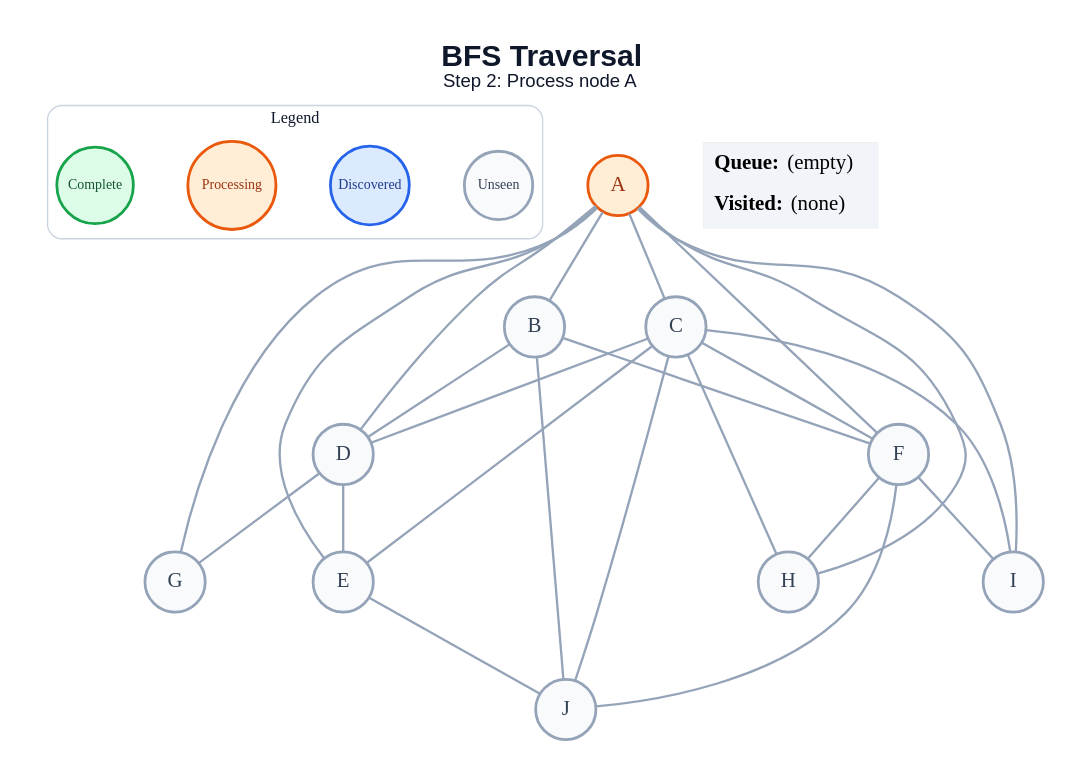
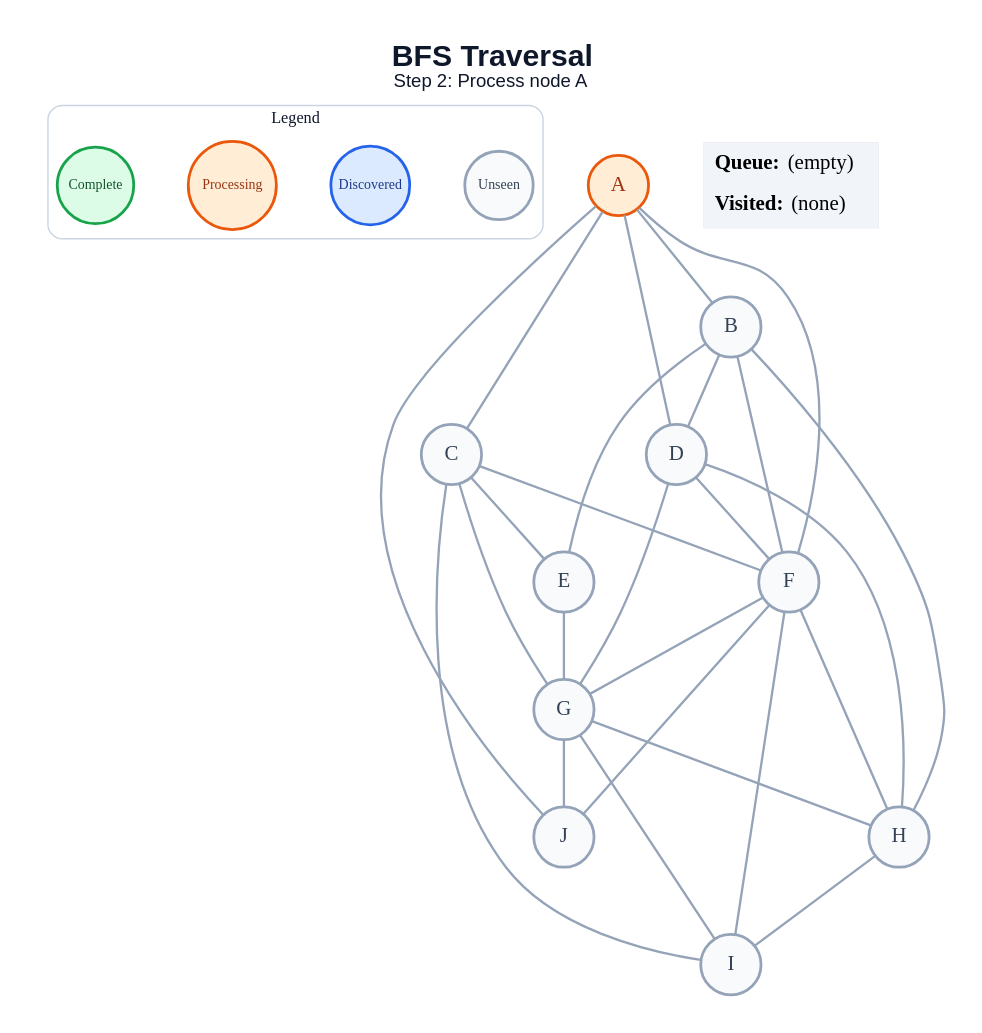
The diagram in generated/bfs/step_02.dot (amanghodawala9/ai-slop), drawn with Graphviz before and after one commit. The commit also changed 178 other files, not shown here.

```diff
--- a/generated/bfs/step_02.dot
+++ b/generated/bfs/step_02.dot
@@ -1,52 +1,54 @@
 graph traversal {
   graph [layout=dot, rankdir=TB, bgcolor="#FFFFFF", pad="0.35", nodesep="0.65", ranksep="0.8", fontname="Arial"];
   node [shape=circle, style="filled", fontname="Arial Bold", fontsize=18, width=0.72, fixedsize=true, penwidth=2.4];
   edge [color="#94A3B8", penwidth=2.0];
   label=<<B>BFS Traversal</B><BR/><FONT POINT-SIZE="16">Step 2: Process node A</FONT>>; labelloc="t"; fontsize=26; fontname="Arial"; fontcolor="#0F172A";
   subgraph cluster_legend { label="Legend"; color="#CBD5E1"; penwidth=1.2; style="rounded"; fontsize=14; fontname="Arial Bold";
     key_unseen [label="Unseen", fillcolor="#F8FAFC", color="#94A3B8", fontcolor="#334155", fontsize=12, width=0.82];
     key_frontier [label="Discovered", fillcolor="#DBEAFE", color="#2563EB", fontcolor="#1E3A8A", fontsize=12, width=0.95];
     key_current [label="Processing", fillcolor="#FFEDD5", color="#EA580C", fontcolor="#9A3412", fontsize=12, width=1.05];
     key_done [label="Complete", fillcolor="#DCFCE7", color="#16A34A", fontcolor="#14532D", fontsize=12, width=0.92];
     { rank=same; key_unseen; key_frontier; key_current; key_done; }
   }
   A [fillcolor="#FFEDD5", color="#EA580C", fontcolor="#9A3412"];
   B [fillcolor="#F8FAFC", color="#94A3B8", fontcolor="#334155"];
   C [fillcolor="#F8FAFC", color="#94A3B8", fontcolor="#334155"];
   D [fillcolor="#F8FAFC", color="#94A3B8", fontcolor="#334155"];
   E [fillcolor="#F8FAFC", color="#94A3B8", fontcolor="#334155"];
   F [fillcolor="#F8FAFC", color="#94A3B8", fontcolor="#334155"];
   G [fillcolor="#F8FAFC", color="#94A3B8", fontcolor="#334155"];
   H [fillcolor="#F8FAFC", color="#94A3B8", fontcolor="#334155"];
   I [fillcolor="#F8FAFC", color="#94A3B8", fontcolor="#334155"];
   J [fillcolor="#F8FAFC", color="#94A3B8", fontcolor="#334155"];
   A -- B;
   A -- C;
   A -- D;
-  A -- E;
   A -- F;
-  A -- G;
-  A -- H;
-  A -- I;
+  A -- J;
   B -- D;
+  B -- E;
   B -- F;
-  B -- J;
-  C -- D;
+  B -- H;
   C -- E;
   C -- F;
-  C -- H;
+  C -- G;
   C -- I;
-  C -- J;
-  D -- E;
+  D -- F;
   D -- G;
-  E -- J;
+  D -- H;
+  E -- G;
+  F -- G;
   F -- H;
   F -- I;
   F -- J;
+  G -- H;
+  G -- I;
+  G -- J;
+  H -- I;
   status [shape=plain, fixedsize=false, width=0, height=0, margin=0, label=<
     <TABLE BORDER="0" CELLBORDER="0" CELLPADDING="7" BGCOLOR="#F1F5F9">
       <TR><TD ALIGN="LEFT"><B>Queue:</B> (empty)</TD></TR>
       <TR><TD ALIGN="LEFT"><B>Visited:</B> (none)</TD></TR>
     </TABLE>
   >];
 }
```
